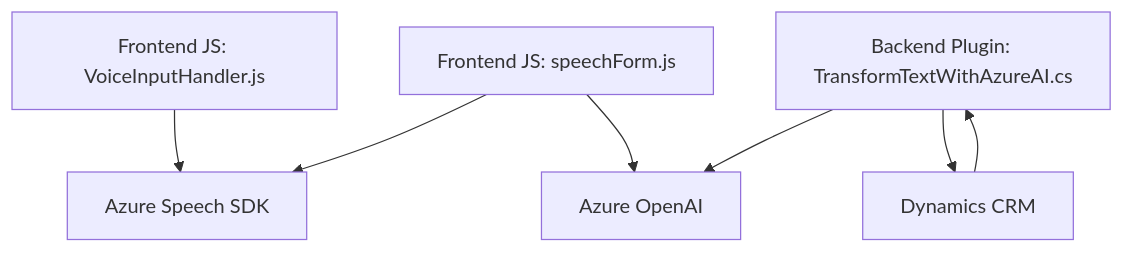
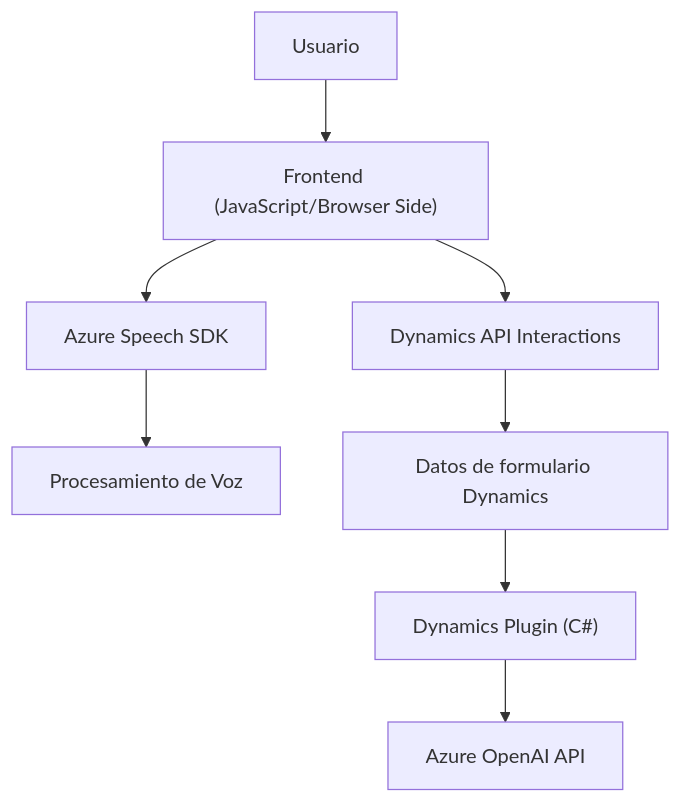
One commit to blopezdm/NETCORE_BILBAO2025 changed the diagram in README.md. Above: the diagram before and after it, drawn with Mermaid. The commit also changed other lines of this file, not shown here.

````diff
--- a/README.md
+++ b/README.md
@@ -34,16 +59,10 @@
 ```mermaid
 graph TD
-    A["Frontend JS: VoiceInputHandler.js"]
-    B["Frontend JS: speechForm.js"]
-    C["Backend Plugin: TransformTextWithAzureAI.cs"]
-    D["Azure Speech SDK"]
-    E["Azure OpenAI"]
-    F["Dynamics CRM"]
-
-    A --> D
-    B --> D
-    B --> E
-    C --> F
-    C --> E
-    F --> C
+  A["Frontend (JavaScript/Browser Side)"] --> B["Azure Speech SDK"]
+  A --> C["Dynamics API Interactions"]
+  B --> D["Procesamiento de Voz"]
+  C --> E["Datos de formulario Dynamics"]
+  F["Dynamics Plugin (C#)"] --> G["Azure OpenAI API"]
+  E --> F
+  H["Usuario"] --> A
 ```
````
